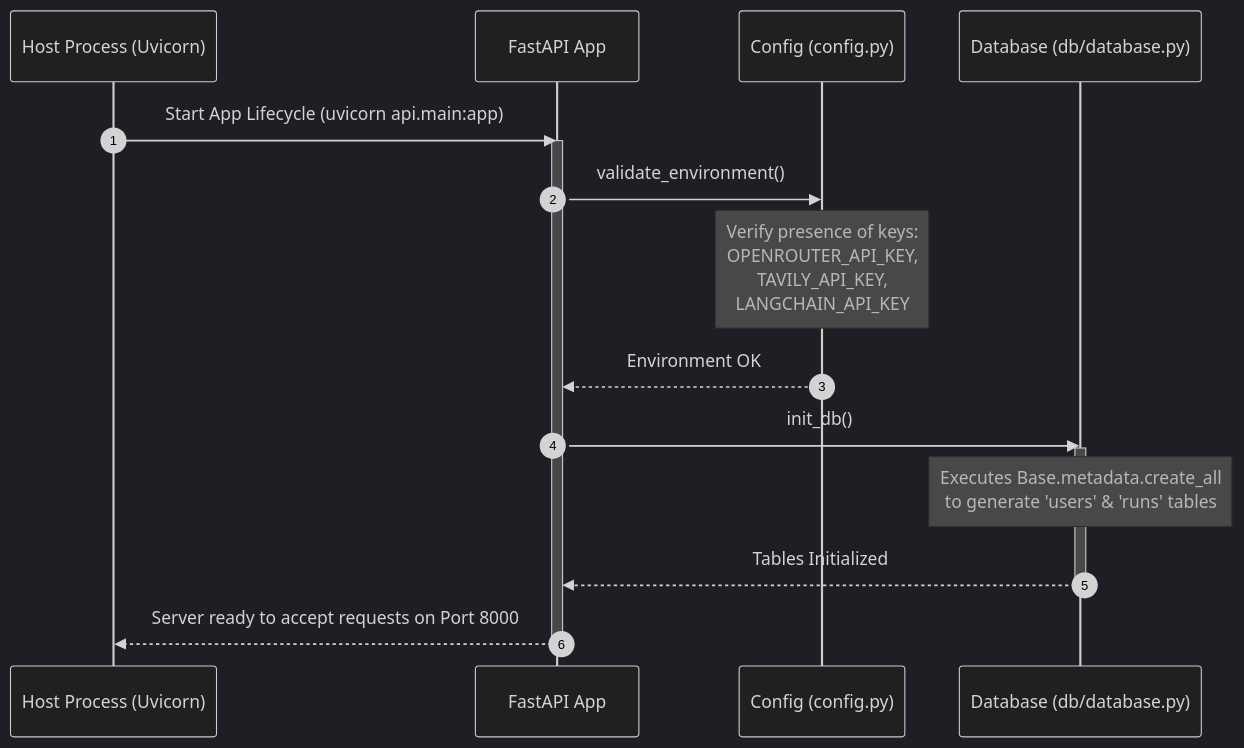
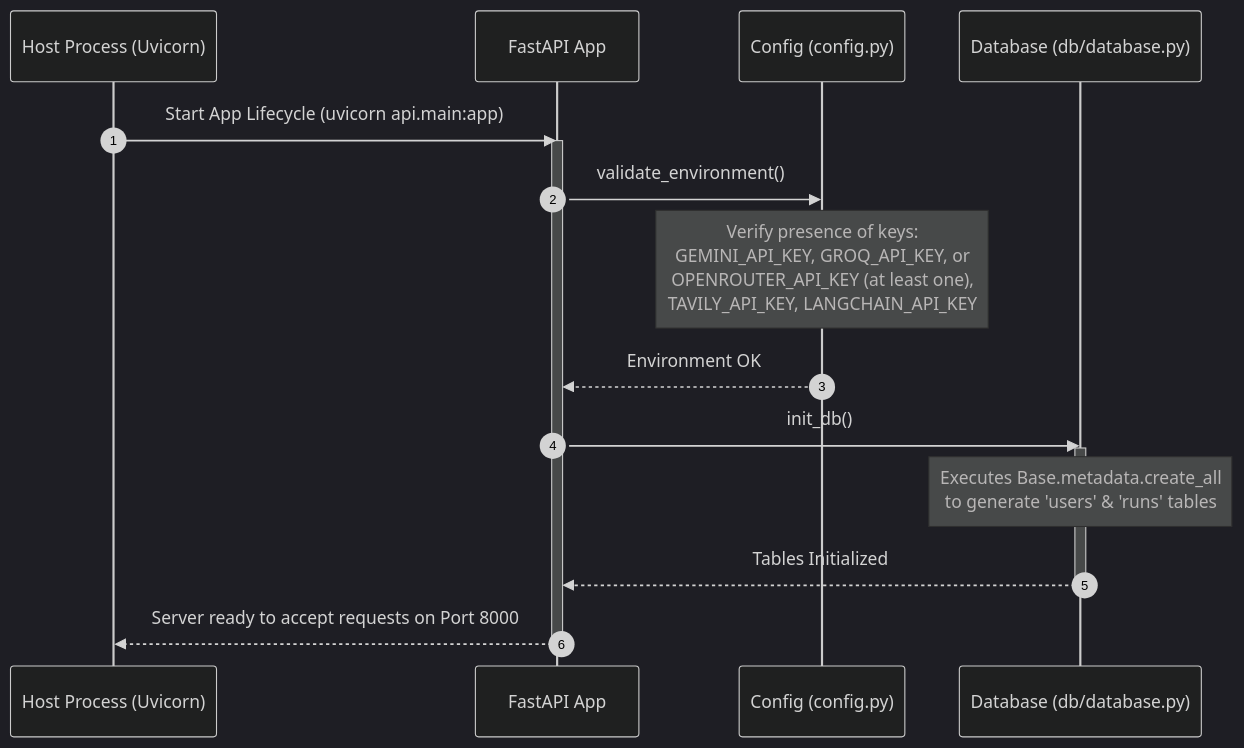
One commit to Yashu068/AutoDev-Agentic-Project changed the second of 4 diagrams in BACKEND_API_EXPLANATION.md. Above: the diagram before and after it, drawn with Mermaid (dark theme). The commit also changed 48 other files, not shown here.

Commit message:
updated code- changed the flow of code and added gemini and grok

````diff
--- a/BACKEND_API_EXPLANATION.md
+++ b/BACKEND_API_EXPLANATION.md
@@ -50,21 +50,21 @@
 ```mermaid
 sequenceDiagram
     autonumber
     participant Host as Host Process (Uvicorn)
     participant App as FastAPI App
     participant Env as Config (config.py)
     participant DB as Database (db/database.py)
 
     Host->>App: Start App Lifecycle (uvicorn api.main:app)
     activate App
     App->>Env: validate_environment()
-    note over Env: Verify presence of keys:<br/>OPENROUTER_API_KEY,<br/>TAVILY_API_KEY,<br/>LANGCHAIN_API_KEY
+    note over Env: Verify presence of keys:<br/>GEMINI_API_KEY, GROQ_API_KEY, or<br/>OPENROUTER_API_KEY (at least one),<br/>TAVILY_API_KEY, LANGCHAIN_API_KEY
     Env-->>App: Environment OK
     App->>DB: init_db()
     activate DB
     note over DB: Executes Base.metadata.create_all<br/>to generate 'users' & 'runs' tables
     DB-->>App: Tables Initialized
     deactivate DB
     App-->>Host: Server ready to accept requests on Port 8000
     deactivate App
 ```
````
